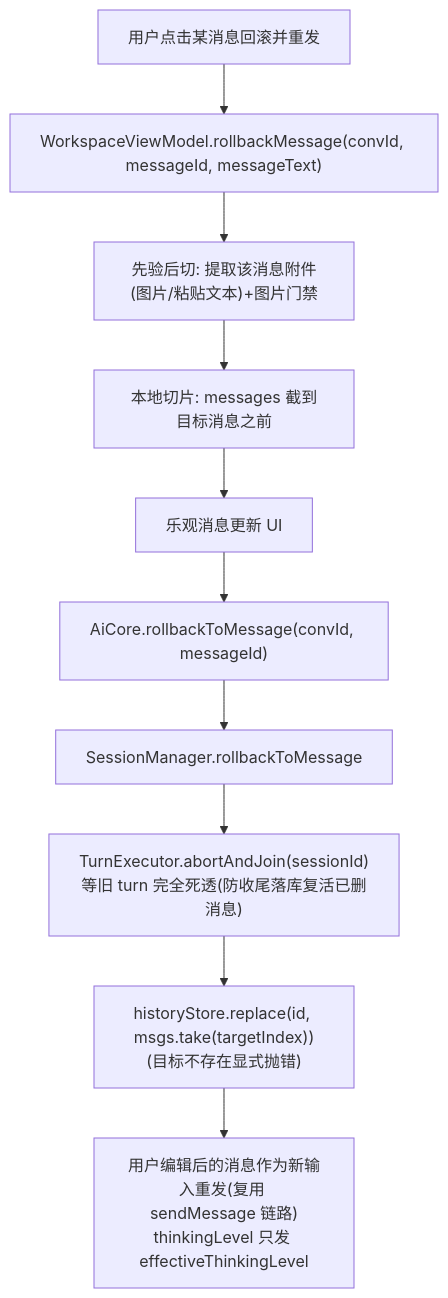
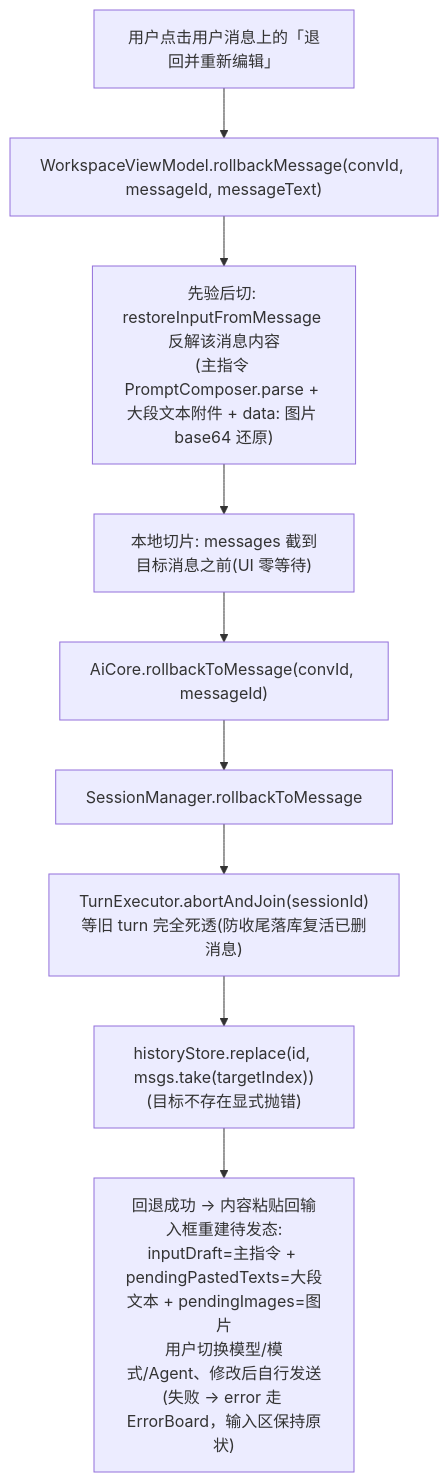
The ninth of 15 diagrams in mederi/docs/architecture/04-flows.md (lzdev42/mederi), drawn with Mermaid before and after one commit. The commit also changed other lines of this file and 45 other files, not shown here.

````diff
--- a/mederi/docs/architecture/04-flows.md
+++ b/mederi/docs/architecture/04-flows.md
@@ -255,12 +255,11 @@
 ```mermaid
 flowchart TD
-    U["用户点击某消息回滚并重发"] --> VM["WorkspaceViewModel.rollbackMessage(convId, messageId, messageText)"]
-    VM --> V1["先验后切: 提取该消息附件(图片/粘贴文本)+图片门禁"]
-    V1 --> V2["本地切片: messages 截到目标消息之前"]
-    V2 --> V3["乐观消息更新 UI"]
-    V3 --> AC["AiCore.rollbackToMessage(convId, messageId)"]
+    U["用户点击用户消息上的「退回并重新编辑」"] --> VM["WorkspaceViewModel.rollbackMessage(convId, messageId, messageText)"]
+    VM --> V1["先验后切: restoreInputFromMessage 反解该消息内容<br/>(主指令 PromptComposer.parse + 大段文本附件 + data: 图片 base64 还原)"]
+    V1 --> V2["本地切片: messages 截到目标消息之前(UI 零等待)"]
+    V2 --> AC["AiCore.rollbackToMessage(convId, messageId)"]
     AC --> SM["SessionManager.rollbackToMessage"]
     SM --> TE["TurnExecutor.abortAndJoin(sessionId)<br/>等旧 turn 完全死透(防收尾落库复活已删消息)"]
     TE --> HS["historyStore.replace(id, msgs.take(targetIndex))<br/>(目标不存在显式抛错)"]
-    HS --> RE["用户编辑后的消息作为新输入重发(复用 sendMessage 链路)<br/>thinkingLevel 只发 effectiveThinkingLevel"]
+    HS --> RE["回退成功 → 内容粘贴回输入框重建待发态:<br/>inputDraft=主指令 + pendingPastedTexts=大段文本 + pendingImages=图片<br/>用户切换模型/模式/Agent、修改后自行发送<br/>(失败 → error 走 ErrorBoard，输入区保持原状)"]
 ```
````
